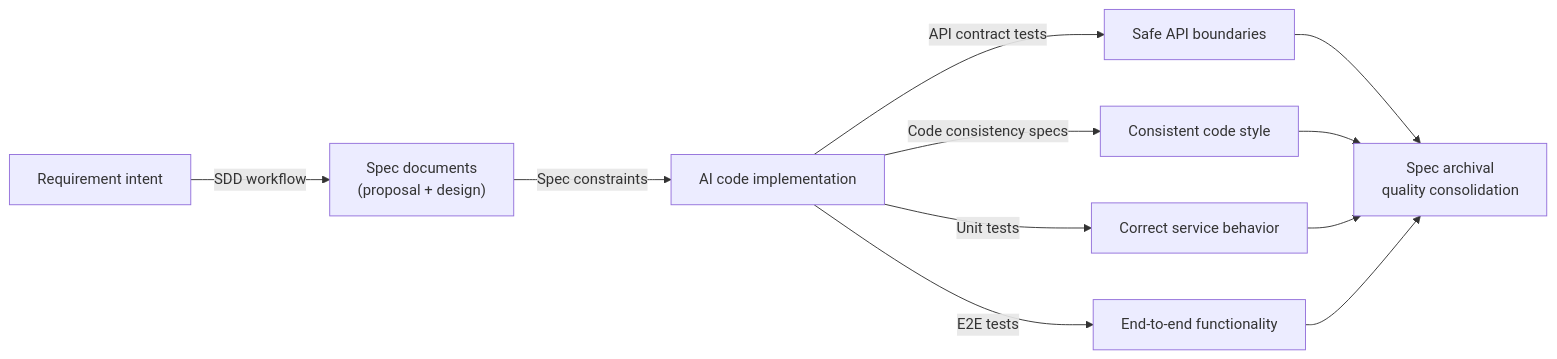
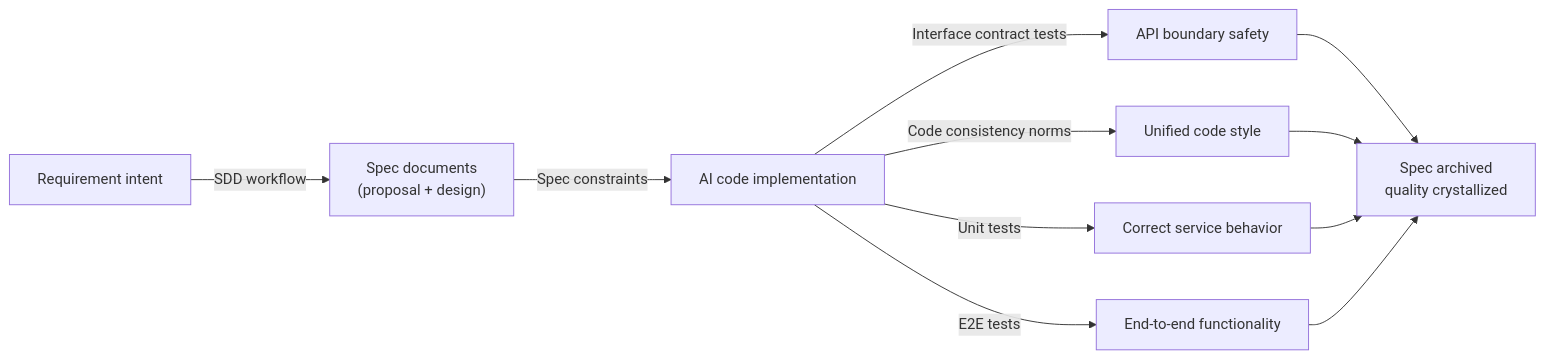
Before and after one commit to linaproai/linapro-site: the third of 3 diagrams in apps/lina-site/i18n/en/docusaurus-plugin-content-docs/current/docs/1000-concepts/4000-ai-engineering-quality.md, drawn with Mermaid. The commit also changed other lines of this file and 56 other files, not shown here.

Commit message:
Refactor documentation for tenant and user capabilities; enhance clarity and consistency in descriptions, method names, and usage examples. Update overview and architecture sections for improved readability and coherence. Adjust demo instructions and project positioning for better user guidance.

````diff
--- a/apps/lina-site/i18n/en/docusaurus-plugin-content-docs/current/docs/1000-concepts/4000-ai-engineering-quality.md
+++ b/apps/lina-site/i18n/en/docusaurus-plugin-content-docs/current/docs/1000-concepts/4000-ai-engineering-quality.md
@@ -221,10 +221,10 @@
 ```mermaid
 flowchart LR
-    A["Requirement intent"] -->|"SDD workflow"| B["Spec documents<br/>(proposal + design)"]
+    A["Requirement intent"] -->|"SDD workflow"| B["Spec documents\n(proposal + design)"]
     B -->|"Spec constraints"| C["AI code implementation"]
-    C -->|"API contract tests"| D["Safe API boundaries"]
-    C -->|"Code consistency specs"| E["Consistent code style"]
+    C -->|"Interface contract tests"| D["API boundary safety"]
+    C -->|"Code consistency norms"| E["Unified code style"]
     C -->|"Unit tests"| F["Correct service behavior"]
     C -->|"E2E tests"| G["End-to-end functionality"]
-    D & E & F & G --> H["Spec archival<br/>quality consolidation"]
+    D & E & F & G --> H["Spec archived\nquality crystallized"]
 ```
````
